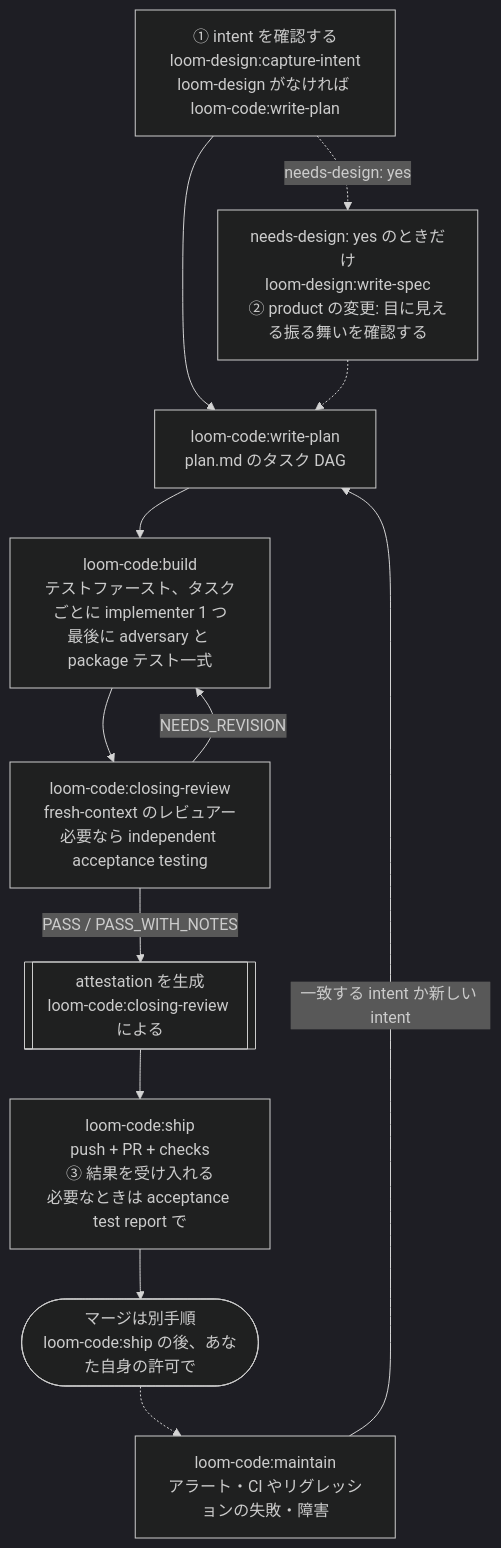
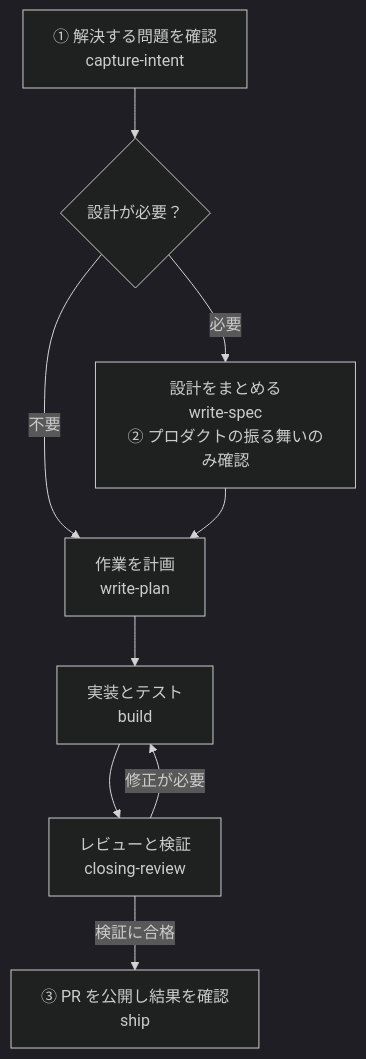
One commit to kouko/loom-plugins changed the diagram in loom-code/README.ja.md. Above: the diagram before and after it, drawn with Mermaid (dark theme). The commit also changed other lines of this file and 9 other files, not shown here.

First line of the commit message:
docs: separate README flows from workflow tool catalogs

````diff
--- a/loom-code/README.ja.md
+++ b/loom-code/README.ja.md
@@ -19,24 +19,19 @@
 ```mermaid
 flowchart TD
-    intent["① intent を確認する<br/>loom-design:capture-intent<br/>loom-design がなければ loom-code:write-plan"]
-    spec["needs-design: yes のときだけ<br/>loom-design:write-spec<br/>② product の変更: 目に見える振る舞いを確認する"]
-    plan["loom-code:write-plan<br/>plan.md のタスク DAG"]
-    build["loom-code:build<br/>テストファースト、タスクごとに implementer 1 つ<br/>最後に adversary と package テスト一式"]
-    review["loom-code:closing-review<br/>fresh-context のレビュアー<br/>必要なら independent acceptance testing"]
-    attest[["attestation を生成<br/>loom-code:closing-review による"]]
-    ship["loom-code:ship<br/>push + PR + checks<br/>③ 結果を受け入れる<br/>必要なときは acceptance test report で"]
-    merged(["マージは別手順<br/>loom-code:ship の後、あなた自身の許可で"])
-    maintain["loom-code:maintain<br/>アラート・CI やリグレッションの失敗・障害"]
+    intent["① 解決する問題を確認<br/>capture-intent"]
+    design{"設計が必要？"}
+    spec["設計をまとめる<br/>write-spec<br/>② プロダクトの振る舞いのみ確認"]
+    plan["作業を計画<br/>write-plan"]
+    build["実装とテスト<br/>build"]
+    review["レビューと検証<br/>closing-review"]
+    ship["③ PR を公開し結果を確認<br/>ship"]
 
-    intent --> plan
-    intent -.->|"needs-design: yes"| spec
-    spec -.-> plan
+    intent --> design
+    design -->|"必要"| spec
+    design -->|"不要"| plan
+    spec --> plan
     plan --> build
     build --> review
-    review -->|"NEEDS_REVISION"| build
-    review -->|"PASS / PASS_WITH_NOTES"| attest
-    attest --> ship
-    ship --> merged
-    merged -.-> maintain
-    maintain -->|"一致する intent か新しい intent"| plan
+    review -->|"修正が必要"| build
+    review -->|"検証に合格"| ship
 ```
````
